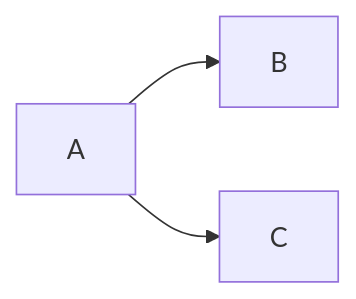
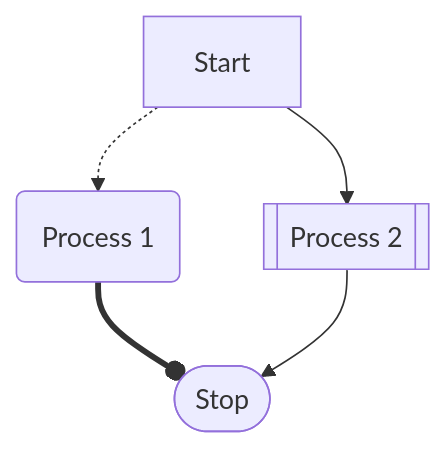
The diagram in WebApiFundamentals/CityInfo.Api/test.md (zeng-dong/SixingAround), drawn with Mermaid before and after one commit.

Commit message:
updated diagram

````diff
--- a/WebApiFundamentals/CityInfo.Api/test.md
+++ b/WebApiFundamentals/CityInfo.Api/test.md
@@ -7,5 +7,7 @@
 ```mermaid
-graph LR
-	A --> B
-	A --> C
+graph TB
+	A[Start] -.-> B(Process 1)
+	A --> C[[Process 2]]
+	B ==o D([Stop])
+	C --> D
 ```
````
